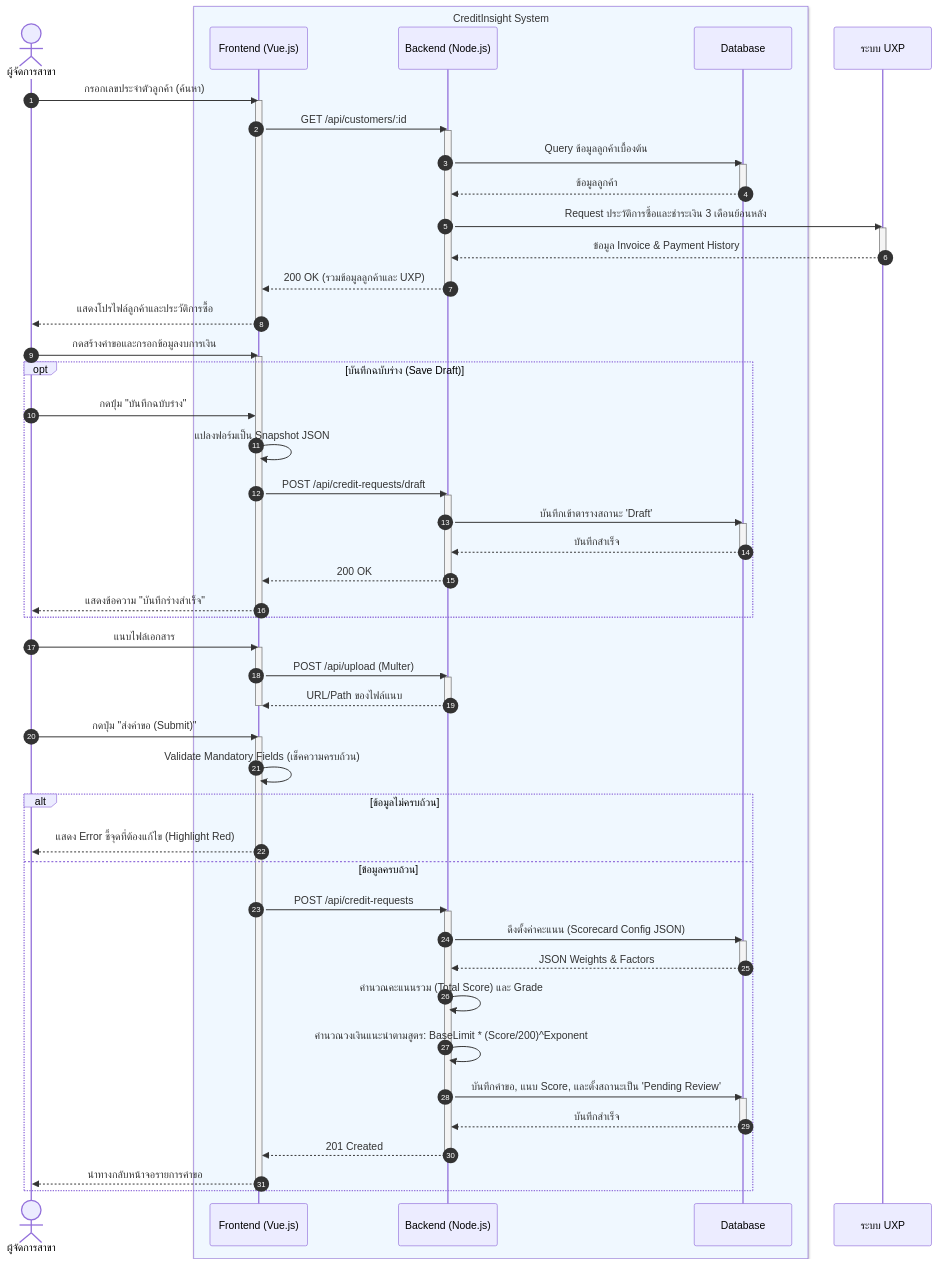
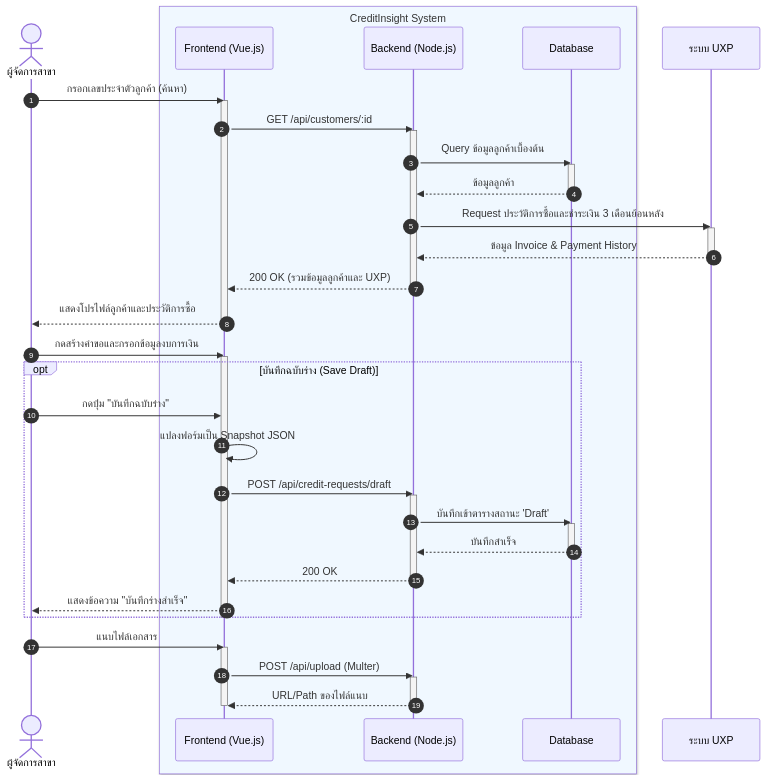
One commit to JinnawatJid/iNsightDocs changed the second of 4 diagrams in docs/presentations/sequence_diagram.md. Above: the diagram before and after it, drawn with Mermaid.

Commit message:
docs(sequence): split creation and scoring into separate diagrams
- Split diagram 2 into "Request Creation Flow" and "Automated Scoring Flow".
- Ensure descriptive headings accurately reflect their new scopes.
- Renumber Approval workflow diagram to 4.

````diff
--- a/docs/presentations/sequence_diagram.md
+++ b/docs/presentations/sequence_diagram.md
@@ -118,7 +118,7 @@
     end
     deactivate Vue
 
-    %% 3. Form Validation & File Upload
+    %% 3. File Upload
     BM->>Vue: แนบไฟล์เอกสาร
     activate Vue
     Vue->>API: POST /api/upload (Multer)
@@ -126,34 +126,4 @@
     API-->>Vue: URL/Path ของไฟล์แนบ
     deactivate API
     deactivate Vue
-
-    BM->>Vue: กดปุ่ม "ส่งคำขอ (Submit)"
-    activate Vue
-    Vue->>Vue: Validate Mandatory Fields (เช็คความครบถ้วน)
-
-    %% 4. Scoring & Submission
-    alt ข้อมูลไม่ครบถ้วน
-        Vue-->>BM: แสดง Error ชี้จุดที่ต้องแก้ไข (Highlight Red)
-    else ข้อมูลครบถ้วน
-        Vue->>API: POST /api/credit-requests
-        activate API
-
-        %% Scoring Engine Logic
-        API->>DB: ดึงตั้งค่าคะแนน (Scorecard Config JSON)
-        activate DB
-        DB-->>API: JSON Weights & Factors
-        deactivate DB
-        API->>API: คำนวณคะแนนรวม (Total Score) และ Grade
-        API->>API: คำนวณวงเงินแนะนำตามสูตร: BaseLimit * (Score/200)^Exponent
-
-        %% Save & Workflow Transition
-        API->>DB: บันทึกคำขอ, แนบ Score, และตั้งสถานะเป็น 'Pending Review'
-        activate DB
-        DB-->>API: บันทึกสำเร็จ
-        deactivate DB
-        API-->>Vue: 201 Created
-        deactivate API
-        Vue-->>BM: นำทางกลับหน้าจอรายการคำขอ
-    end
-    deactivate Vue
 ```
````
